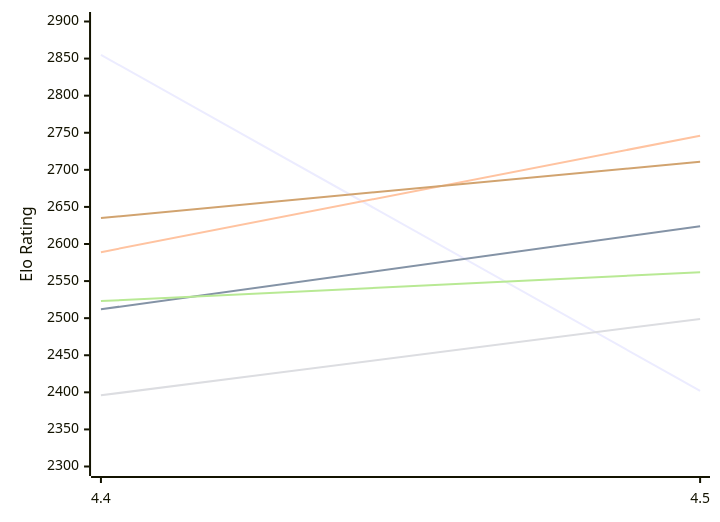
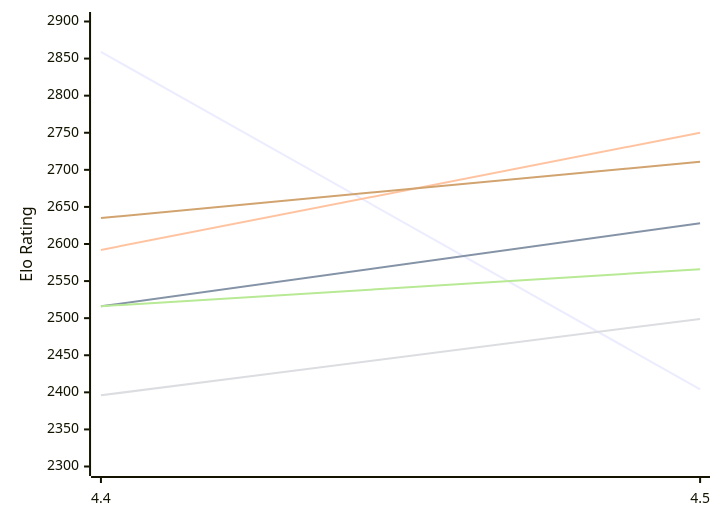
One commit to computer-chess-index/cci changed the first of 2 diagrams in engines/Eubos.md. Above: the diagram before and after it, drawn with Mermaid. The commit also changed other lines of this file, not shown here.

Commit message:
Update CCI Ratings (ELO VLTC) - 2026-11-22

````diff
--- a/engines/Eubos.md
+++ b/engines/Eubos.md
@@ -52,12 +52,12 @@
 ```mermaid
 %%{init: {"theme":"base","themeVariables":{"seriesColors:['#a3a3a3','#222221','#faa371']}}}%%
 xychart-beta
   x-axis ["4.4", "4.5"]
   y-axis "Elo Rating" 2300 --> 2900
-  line "E1: STC (8.0+0.08s)" [2855, 2402]
-  line "E1: LTC (60.0+0.60s)" [2512, 2624]
-  line "E1: VLTC (2m24s+1.12s)" [2589, 2746]
+  line "E1: STC (8.0+0.08s)" [2859, 2404]
+  line "E1: LTC (60.0+0.60s)" [2516, 2628]
+  line "E1: VLTC (2m24s+1.12s)" [2592, 2750]
   line "P1: STC (8.0+0.08s)" [2396, 2499]
-  line "P1: LTC (60.0+0.60s)" [2523, 2562]
+  line "P1: LTC (60.0+0.60s)" [2516, 2566]
   line "P1: VLTC (2m24s+1.12s)" [2635, 2711]
 ```
````
